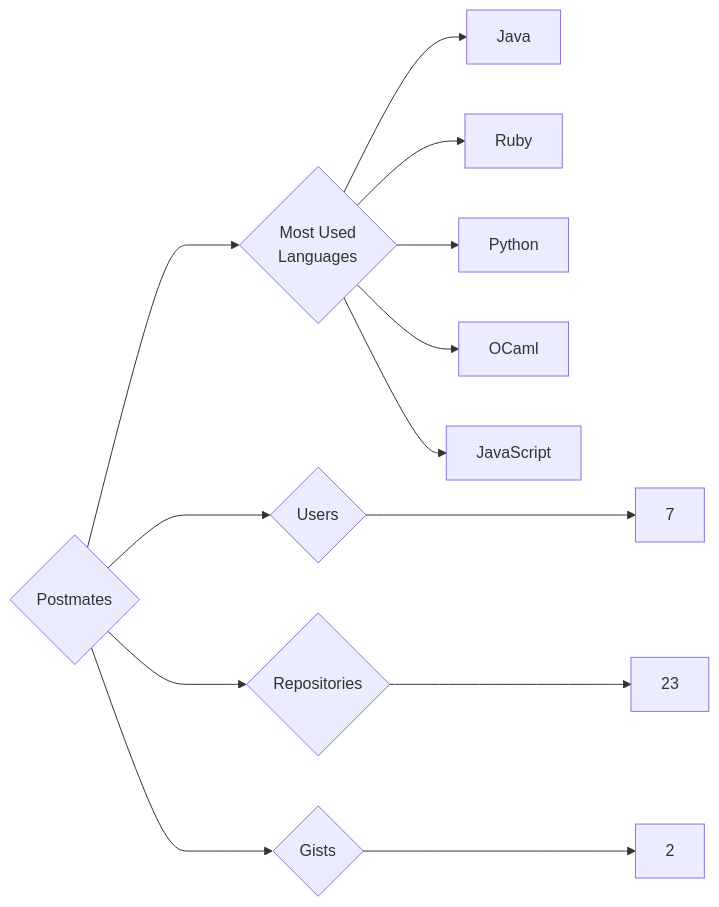
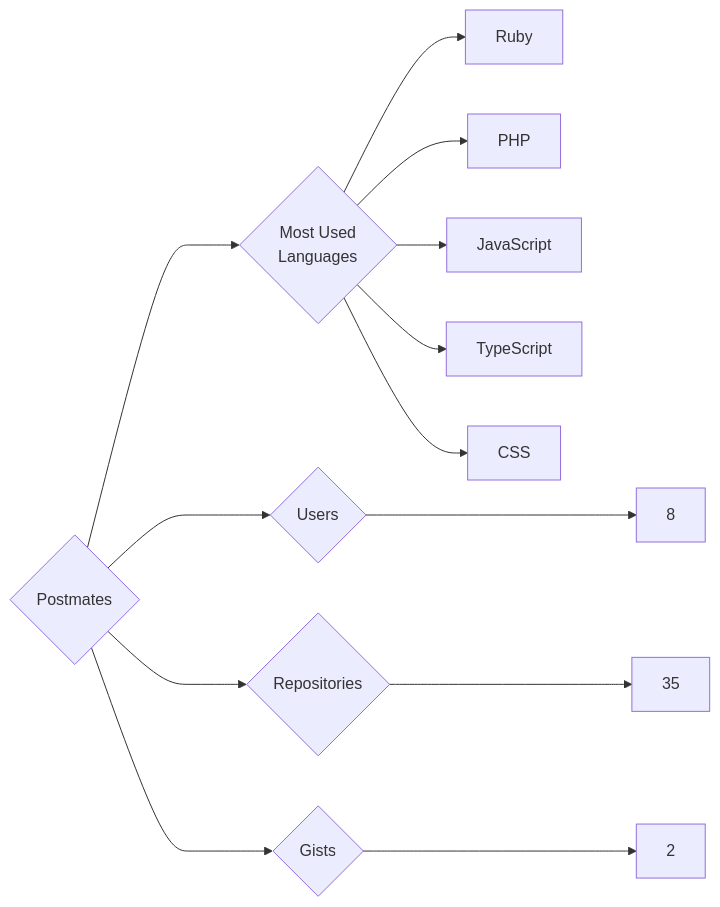
Before and after one commit to trickest/insiders: the diagram in targets/Postmates/README.md, drawn with Mermaid. The commit also changed 995 other files, not shown here.

````diff
--- a/targets/Postmates/README.md
+++ b/targets/Postmates/README.md
@@ -3,13 +3,13 @@
 ```mermaid
 graph LR
 COMPANY_NAME{Postmates}
-COMPANY_NAME ---> U{Users} ---> UN[7]
-COMPANY_NAME ---> R{Repositories} ---> RN[23]
+COMPANY_NAME ---> U{Users} ---> UN[8]
+COMPANY_NAME ---> R{Repositories} ---> RN[35]
 COMPANY_NAME ---> G{Gists} ---> GN[2]
 COMPANY_NAME ---> ML{Most Used<br>Languages}
-ML --> Java[Java]
 ML --> Ruby[Ruby]
-ML --> Python[Python]
-ML --> OCaml[OCaml]
+ML --> PHP[PHP]
 ML --> JavaScript[JavaScript]
+ML --> TypeScript[TypeScript]
+ML --> CSS[CSS]
 ```
````
